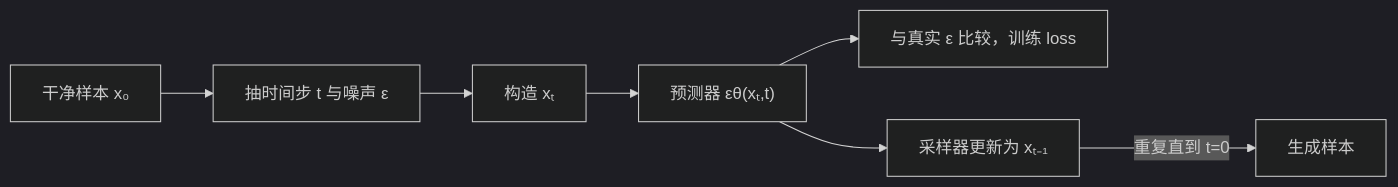
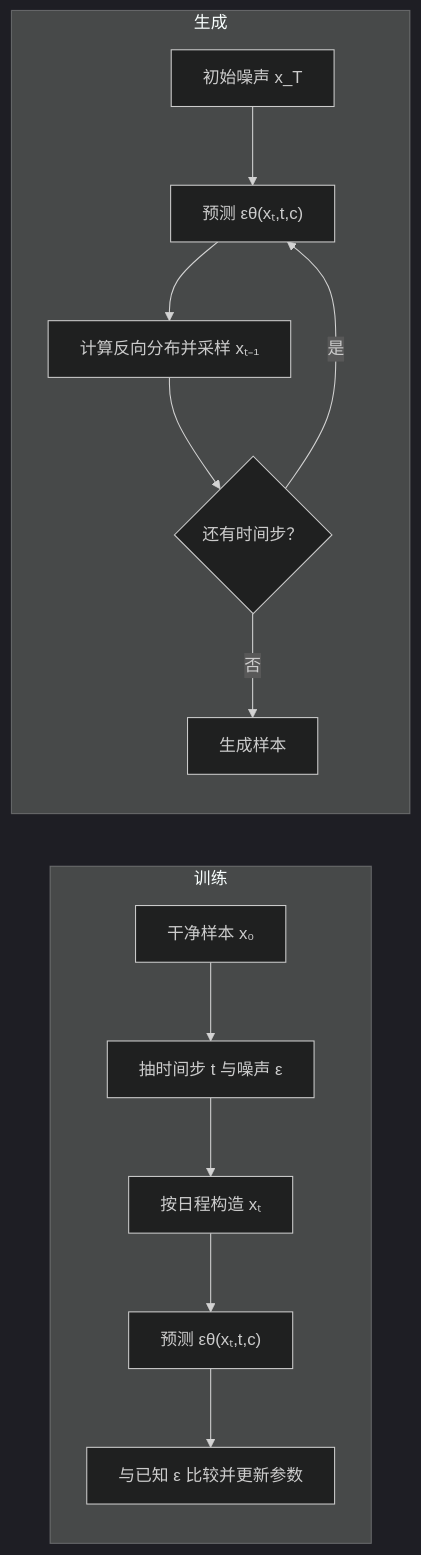
One commit to ChanChiChoi/llm-from-zero-to-interview changed the diagram in book-03-practical-handbook/chapters/12-diffusion数值实验.md. Above: the diagram before and after it, drawn with Mermaid (dark theme). The commit also changed other lines of this file and 132 other files, not shown here.

````diff
--- a/book-03-practical-handbook/chapters/12-diffusion数值实验.md
+++ b/book-03-practical-handbook/chapters/12-diffusion数值实验.md
@@ -7,9 +9,16 @@
 ```mermaid
 flowchart LR
-    A["干净样本 x₀"] --> B["抽时间步 t 与噪声 ε"]
-    B --> C["构造 xₜ"]
-    C --> D["预测器 εθ(xₜ,t)"]
-    D --> E["与真实 ε 比较，训练 loss"]
-    D --> F["采样器更新为 xₜ₋₁"]
-    F -->|"重复直到 t=0"| G["生成样本"]
+    subgraph Train["训练"]
+        A["干净样本 x₀"] --> B["抽时间步 t 与噪声 ε"]
+        B --> C["按日程构造 xₜ"]
+        C --> D["预测 εθ(xₜ,t,c)"]
+        D --> E["与已知 ε 比较并更新参数"]
+    end
+    subgraph Sample["生成"]
+        N["初始噪声 x_T"] --> F["预测 εθ(xₜ,t,c)"]
+        F --> G["计算反向分布并采样 xₜ₋₁"]
+        G --> H{"还有时间步？"}
+        H -->|"是"| F
+        H -->|"否"| O["生成样本"]
+    end
 ```
````
